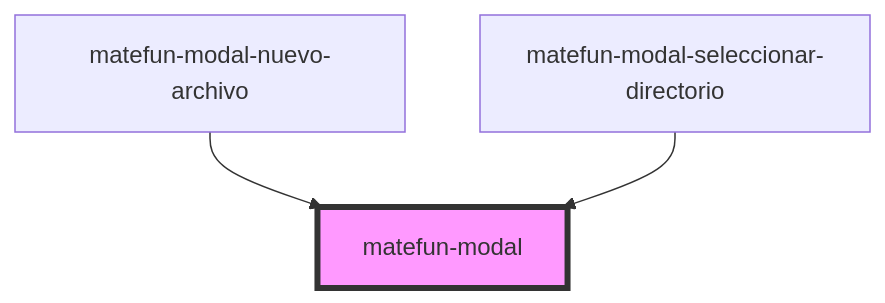
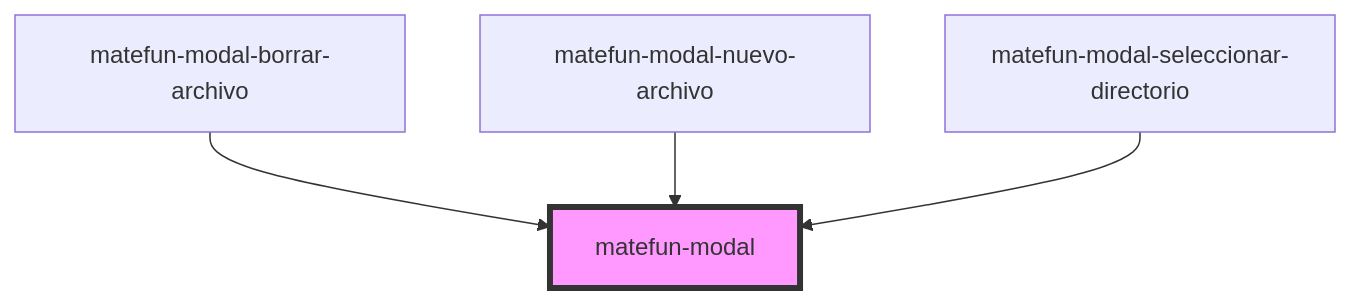
Before and after one commit to ncamera/matefun-components: the diagram in src/components/modal/readme.md, drawn with Mermaid. The commit also changed other lines of this file and 2 other files, not shown here.

````diff
--- a/src/components/modal/readme.md
+++ b/src/components/modal/readme.md
@@ -48,6 +49,7 @@
 ```mermaid
 graph TD;
+  matefun-modal-borrar-archivo --> matefun-modal
   matefun-modal-nuevo-archivo --> matefun-modal
   matefun-modal-seleccionar-directorio --> matefun-modal
   style matefun-modal fill:#f9f,stroke:#333,stroke-width:4px
 ```
````
